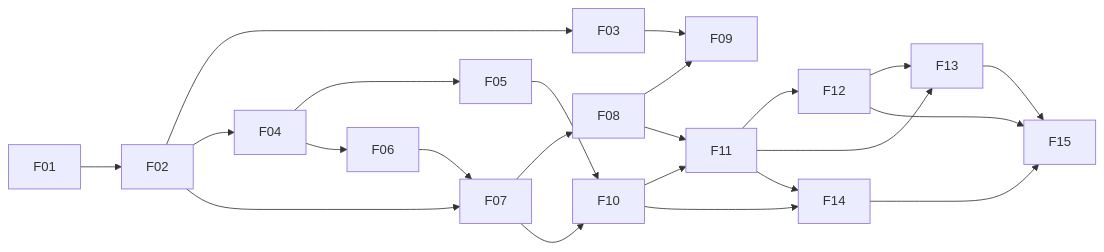
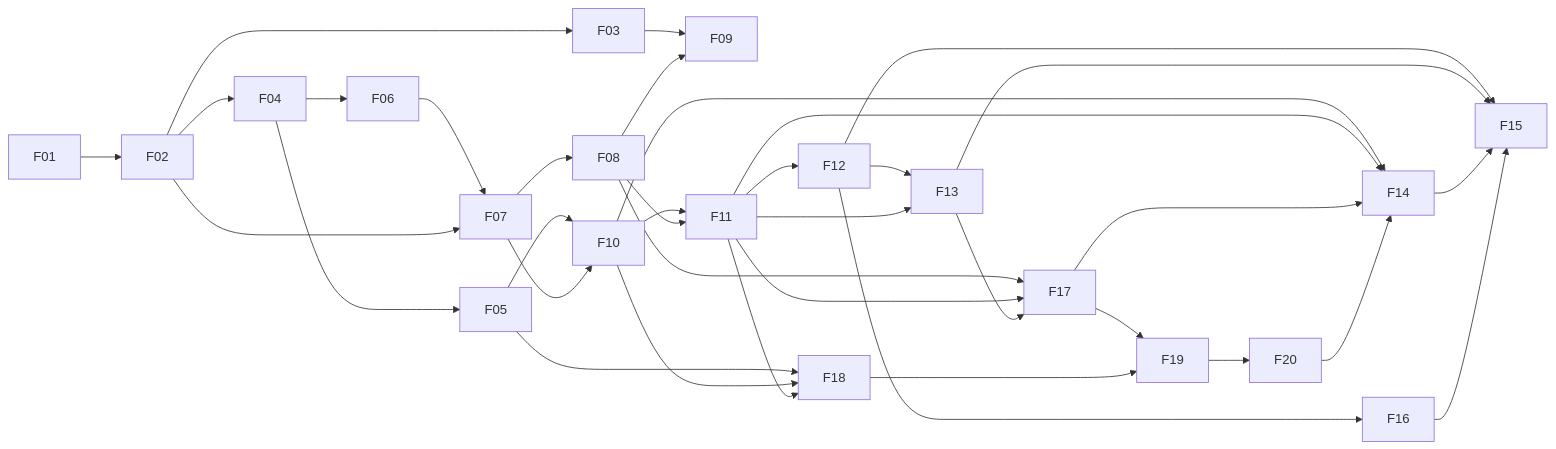
One commit to jrcosio/microrag changed the diagram in docs/roadmap/FEATURES.md. Above: the diagram before and after it, drawn with Mermaid. The commit also changed other lines of this file and 2 other files, not shown here.

First line of the commit message:
docs(roadmap): add F16–F20 ahead of F14 (D-066)

````diff
--- a/docs/roadmap/FEATURES.md
+++ b/docs/roadmap/FEATURES.md
@@ -54,21 +61,34 @@
 ```mermaid
 flowchart LR
     F01 --> F02 --> F03
     F02 --> F04 --> F05
     F04 --> F06 --> F07
     F02 --> F07
     F07 --> F08
     F03 --> F09
     F08 --> F09
     F05 --> F10
     F07 --> F10
     F10 --> F11
     F08 --> F11
     F11 --> F12 --> F13
     F11 --> F13
     F10 --> F14
     F11 --> F14
     F12 --> F15
     F13 --> F15
     F14 --> F15
+    F12 --> F16
+    F08 --> F17
+    F11 --> F17
+    F13 --> F17
+    F05 --> F18
+    F10 --> F18
+    F11 --> F18
+    F17 --> F19
+    F18 --> F19
+    F19 --> F20
+    F17 --> F14
+    F20 --> F14
+    F16 --> F15
 ```
````
